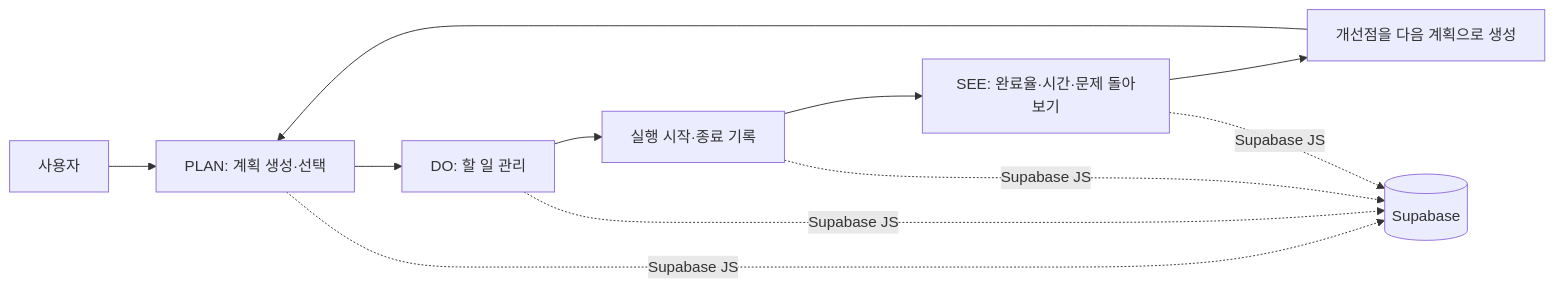
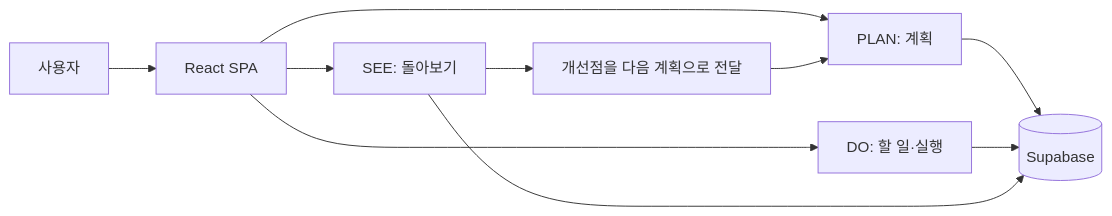
The first of 2 diagrams in README.md (Gilin03/pds-diary), drawn with Mermaid before and after one commit. The commit also changed other lines of this file, not shown here.

````diff
--- a/README.md
+++ b/README.md
@@ -40,13 +46,12 @@
 ```mermaid
 flowchart LR
-    User["사용자"] --> Plan["PLAN: 계획 생성·선택"]
-    Plan --> Todo["DO: 할 일 관리"]
-    Todo --> Execution["실행 시작·종료 기록"]
-    Execution --> Review["SEE: 완료율·시간·문제 돌아보기"]
-    Review --> NextPlan["개선점을 다음 계획으로 생성"]
-    NextPlan --> Plan
-    Plan -. "Supabase JS" .-> Supabase[("Supabase")]
-    Todo -. "Supabase JS" .-> Supabase
-    Execution -. "Supabase JS" .-> Supabase
-    Review -. "Supabase JS" .-> Supabase
+    User["사용자"] --> App["React SPA"]
+    App --> Plan["PLAN: 계획"]
+    App --> Do["DO: 할 일·실행"]
+    App --> See["SEE: 돌아보기"]
+    Plan --> Data[("Supabase")]
+    Do --> Data
+    See --> Data
+    See --> Next["개선점을 다음 계획으로 전달"]
+    Next --> Plan
 ```
````
